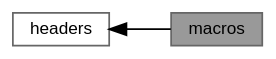
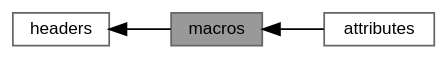
One commit to ekmett/ein changed the diagram in d5/dfd/group__macros.dot. Above: the diagram before and after it, drawn with Graphviz. The commit also changed 146 other files, not shown here.

```diff
--- a/d5/dfd/group__macros.dot
+++ b/d5/dfd/group__macros.dot
@@ -1,11 +1,13 @@
 digraph "macros"
 {
  // LATEX_PDF_SIZE
   bgcolor="transparent";
   edge [fontname=Helvetica,fontsize=10,labelfontname=Helvetica,labelfontsize=10];
   node [fontname=Helvetica,fontsize=10,shape=box,height=0.2,width=0.4];
   rankdir=LR;
+  Node3 [id="Node000003",label="attributes",height=0.2,width=0.4,color="grey40", fillcolor="white", style="filled",URL="$d4/d86/group__attributes.html",tooltip="macros used to provide useful attributes"];
   Node2 [id="Node000002",label="headers",height=0.2,width=0.4,color="grey40", fillcolor="white", style="filled",URL="$d6/df4/group__headers.html",tooltip=" "];
   Node1 [id="Node000001",label="macros",height=0.2,width=0.4,color="gray40", fillcolor="grey60", style="filled", fontcolor="black",tooltip="variadic macro utilities"];
   Node2->Node1 [shape=plaintext, dir="back", style="solid"];
+  Node1->Node3 [shape=plaintext, dir="back", style="solid"];
 }
```
